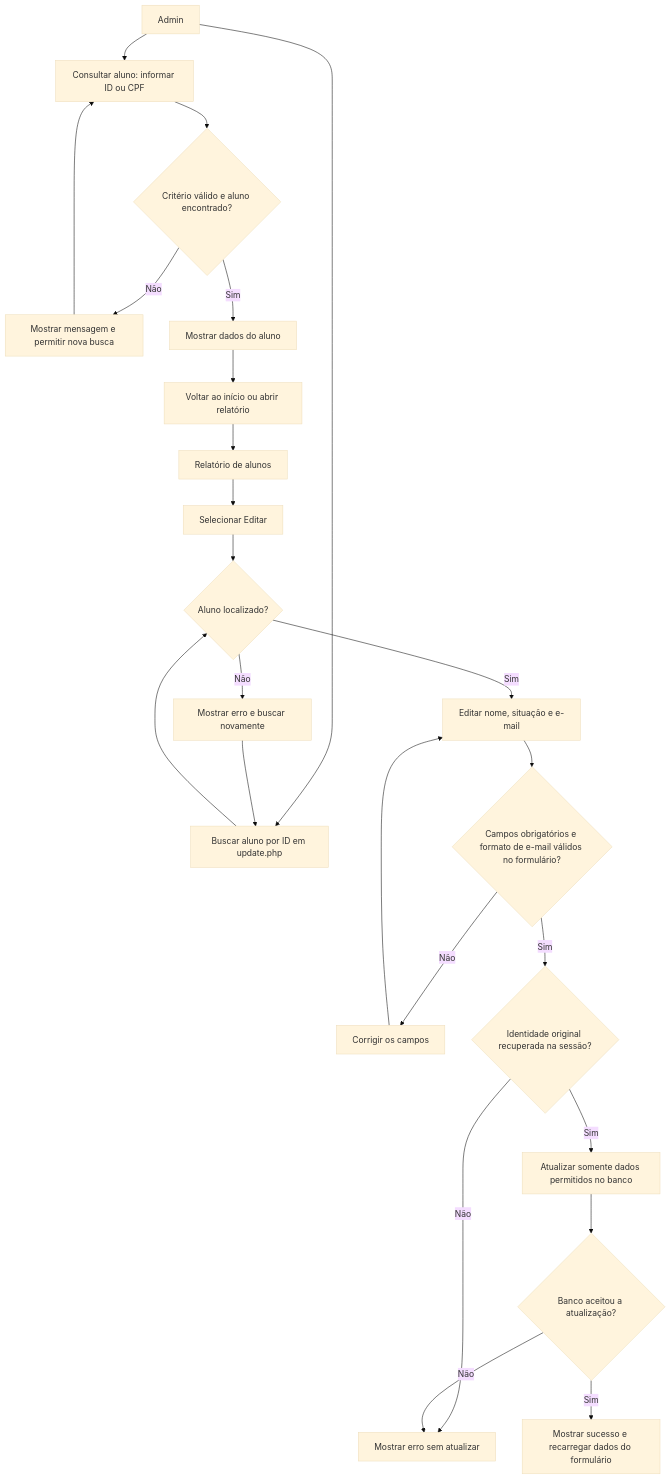
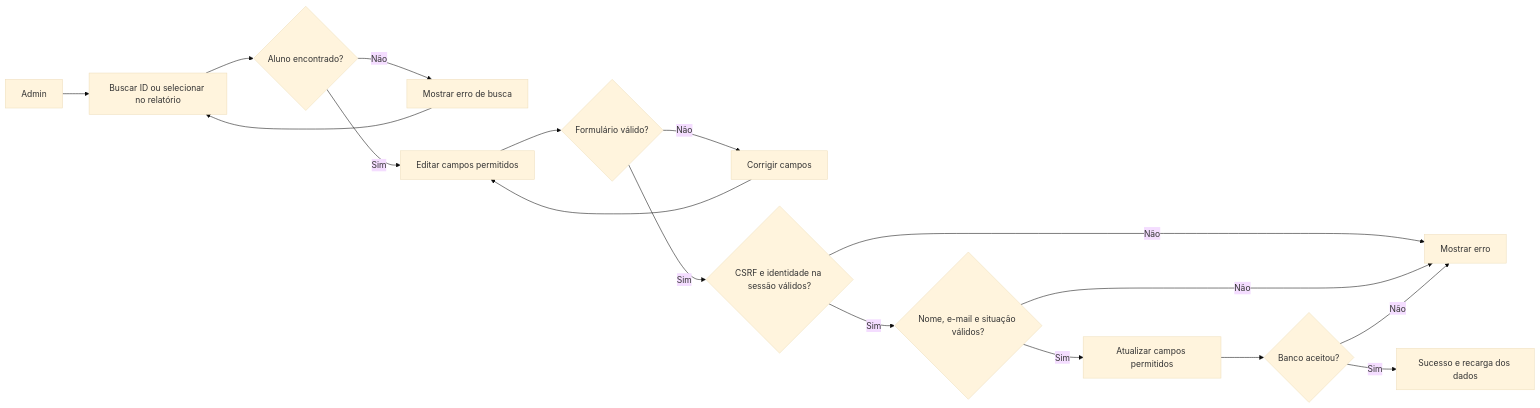
Diagram 13 of 21 in diagrama.md (Matheus-Talasso-Gil/Impulsos-Cursos), drawn with Mermaid (base theme) before and after one commit. The commit also changed other lines of this file and 1 other file, not shown here.

Commit message:
Atualizando o diagrama e criando o product backlog

````diff
--- a/diagrama.md
+++ b/diagrama.md
@@ -279,26 +323,19 @@
 ```mermaid
-flowchart TD
-    Admin["Admin"] --> Consulta["Consultar aluno: informar ID ou CPF"]
-    Consulta --> Encontrado{"Critério válido e aluno encontrado?"}
-    Encontrado -->|Não| Mensagem["Mostrar mensagem e permitir nova busca"]
-    Mensagem --> Consulta
-    Encontrado -->|Sim| Dados["Mostrar dados do aluno"]
-    Dados --> Voltar["Voltar ao início ou abrir relatório"]
-    Voltar --> Relatorio["Relatório de alunos"]
-    Relatorio --> Selecionar["Selecionar Editar"]
-    Admin --> BuscaEdicao["Buscar aluno por ID em update.php"]
-    BuscaEdicao --> Carregar{"Aluno localizado?"}
-    Selecionar --> Carregar
-    Carregar -->|Não| ErroBusca["Mostrar erro e buscar novamente"]
-    ErroBusca --> BuscaEdicao
-    Carregar -->|Sim| Editar["Editar nome, situação e e-mail"]
-    Editar --> Campos{"Campos obrigatórios e formato de e-mail válidos no formulário?"}
-    Campos -->|Não| Corrigir["Corrigir os campos"]
-    Corrigir --> Editar
-    Campos -->|Sim| Original{"Identidade original recuperada na sessão?"}
-    Original -->|Não| Erro["Mostrar erro sem atualizar"]
-    Original -->|Sim| Atualizar["Atualizar somente dados permitidos no banco"]
-    Atualizar --> Gravou{"Banco aceitou a atualização?"}
+graph LR
+    Admin["Admin"] --> Busca["Buscar ID ou selecionar no relatório"]
+    Busca --> Encontrado{"Aluno encontrado?"}
+    Encontrado -->|Não| ErroBusca["Mostrar erro de busca"]
+    ErroBusca --> Busca
+    Encontrado -->|Sim| Formulario["Editar campos permitidos"]
+    Formulario --> Campos{"Formulário válido?"}
+    Campos -->|Não| Corrigir["Corrigir campos"]
+    Corrigir --> Formulario
+    Campos -->|Sim| Sessao{"CSRF e identidade na sessão válidos?"}
+    Sessao -->|Não| Erro["Mostrar erro"]
+    Sessao -->|Sim| Servidor{"Nome, e-mail e situação válidos?"}
+    Servidor -->|Não| Erro
+    Servidor -->|Sim| Banco["Atualizar campos permitidos"]
+    Banco --> Gravou{"Banco aceitou?"}
     Gravou -->|Não| Erro
-    Gravou -->|Sim| Sucesso["Mostrar sucesso e recarregar dados do formulário"]
+    Gravou -->|Sim| Sucesso["Sucesso e recarga dos dados"]
 ```
````
